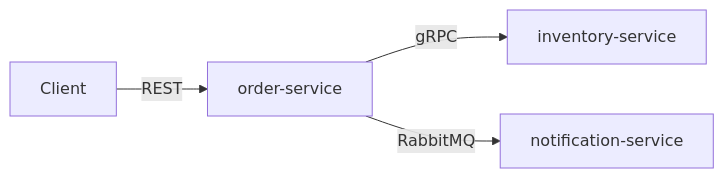
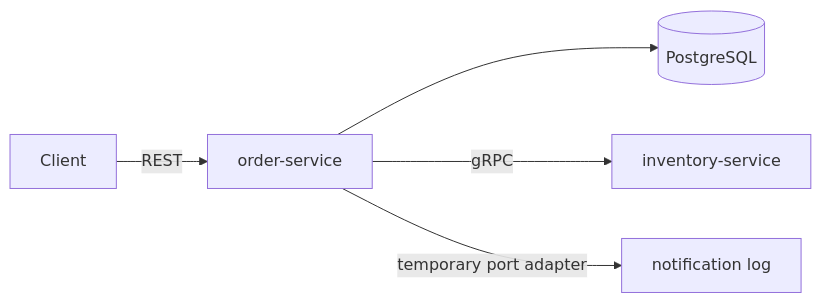
One commit to mojtaba-gheytasi/go-order-system-showcase changed the diagram in README.md. Above: the diagram before and after it, drawn with Mermaid. The commit also changed other lines of this file and 1 other file, not shown here.

````diff
--- a/README.md
+++ b/README.md
@@ -17,6 +19,7 @@
 ```mermaid
 graph LR
     C[Client] -->|REST| O[order-service]
+    O --> P[(PostgreSQL)]
     O -->|gRPC| I[inventory-service]
-    O -->|RabbitMQ| N[notification-service]
+    O -->|temporary port adapter| N[notification log]
 ```
````
